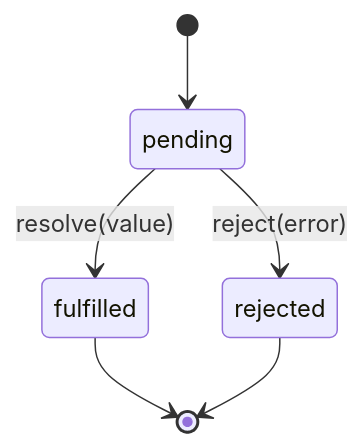
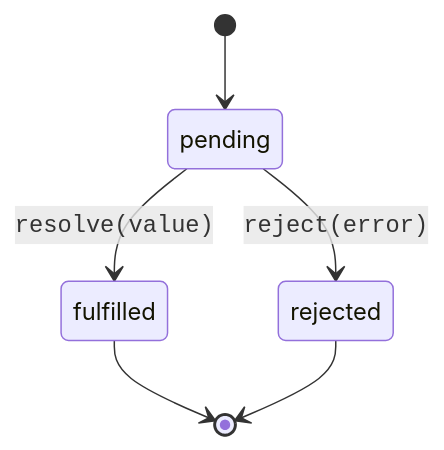
The first of 2 diagrams in content/courses/beginners-javascript/promises-and-async-await.mdx (dataslope/dataslope), drawn with Mermaid before and after one commit. The commit also changed other lines of this file and 65 other files, not shown here.

First line of the commit message:
Set code in every mermaid label in the mono face

````diff
--- a/content/courses/beginners-javascript/promises-and-async-await.mdx
+++ b/content/courses/beginners-javascript/promises-and-async-await.mdx
@@ -34,8 +34,8 @@
 ```mermaid
 stateDiagram-v2
     [*] --> pending
-    pending --> fulfilled: resolve(value)
-    pending --> rejected: reject(error)
+    pending --> fulfilled: <code>resolve(value)</code>
+    pending --> rejected: <code>reject(error)</code>
     fulfilled --> [*]
     rejected --> [*]
 ```
````
